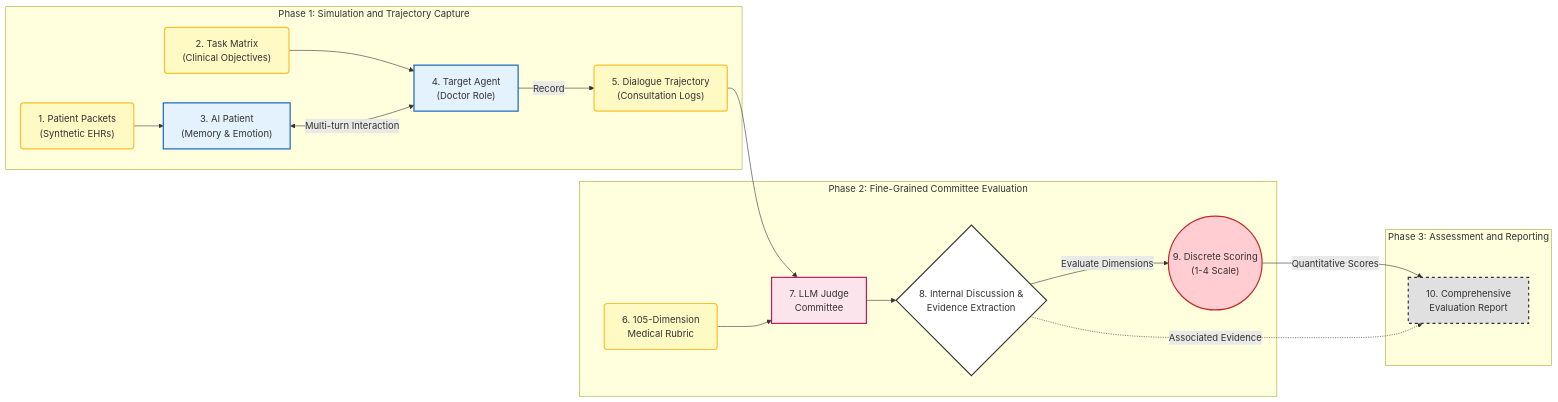
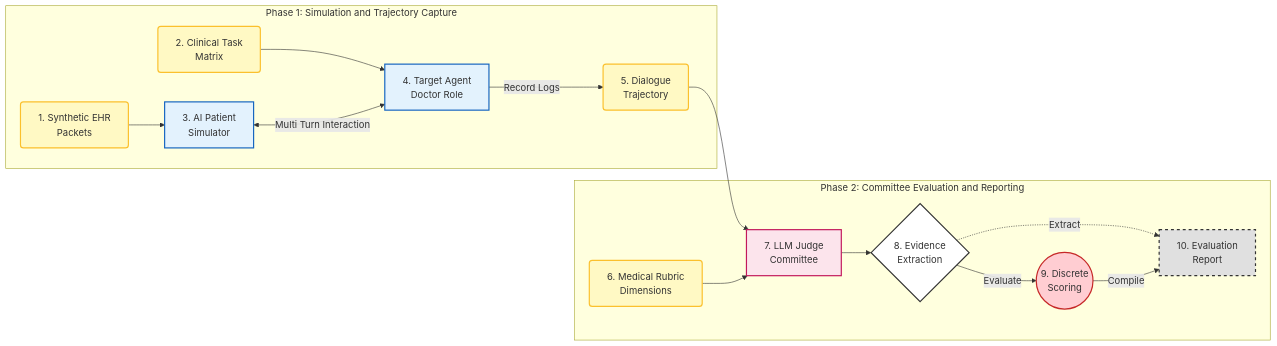
One commit to hhtrocket/HHT-Benchmark-dataset changed the first of 5 diagrams in Literature Review/brief report 2.md. Above: the diagram before and after it, drawn with Mermaid.

Commit message:
Update brief report 2.md

````diff
--- a/Literature Review/brief report 2.md
+++ b/Literature Review/brief report 2.md
@@ -17,45 +17,37 @@
 ```mermaid
 graph LR
-    %% Style Definitions
     classDef input fill:#fff9c4,stroke:#fbc02d,stroke-width:2px,rx:5,ry:5;
     classDef phase1 fill:#e3f2fd,stroke:#1565c0,stroke-width:2px;
     classDef phase2 fill:#fce4ec,stroke:#c2185b,stroke-width:2px;
     classDef decision fill:#ffffff,stroke:#333,stroke-width:2px,shape:diamond;
     classDef score fill:#ffcdd2,stroke:#c62828,stroke-width:2px,rx:50,ry:50;
     classDef report fill:#e0e0e0,stroke:#333,stroke-width:2px,stroke-dasharray: 5 5;
 
-    %% === Phase 1: Environment Construction and Simulation ===
     subgraph P1 ["Phase 1: Simulation and Trajectory Capture"]
-        N1["1. Patient Packets<br/>(Synthetic EHRs)"]:::input
-        N2["2. Task Matrix<br/>(Clinical Objectives)"]:::input
-        N3["3. AI Patient<br/>(Memory & Emotion)"]:::phase1
-        N4["4. Target Agent<br/>(Doctor Role)"]:::phase1
-        N5["5. Dialogue Trajectory<br/>(Consultation Logs)"]:::input
+        N1["1. Synthetic EHR<br/>Packets"]:::input
+        N2["2. Clinical Task<br/>Matrix"]:::input
+        N3["3. AI Patient<br/>Simulator"]:::phase1
+        N4["4. Target Agent<br/>Doctor Role"]:::phase1
+        N5["5. Dialogue<br/>Trajectory"]:::input
 
         N1 --> N3
         N2 --> N4
-        N3 <-->|"Multi-turn Interaction"| N4
-        N4 -->|"Record"| N5
+        N3 <-->|"Multi Turn Interaction"| N4
+        N4 -->|"Record Logs"| N5
     end
 
-    %% === Phase 2: Multidimensional Evaluation ===
-    subgraph P2 ["Phase 2: Fine-Grained Committee Evaluation"]
-        N6["6. 105-Dimension<br/>Medical Rubric"]:::input
+    subgraph P2 ["Phase 2: Committee Evaluation and Reporting"]
+        N6["6. Medical Rubric<br/>Dimensions"]:::input
         N7["7. LLM Judge<br/>Committee"]:::phase2
-        N8{"8. Internal Discussion &<br/>Evidence Extraction"}:::decision
-        N9(("9. Discrete Scoring<br/>(1-4 Scale)")):::score
+        N8{"8. Evidence<br/>Extraction"}:::decision
+        N9(("9. Discrete<br/>Scoring")):::score
+        N10["10. Evaluation<br/>Report"]:::report
 
         N5 --> N7
         N6 --> N7
         N7 --> N8
-        N8 -->|"Evaluate Dimensions"| N9
-    end
-
-    %% === Phase 3: Final Assessment ===
-    subgraph P3 ["Phase 3: Assessment and Reporting"]
-        N10["10. Comprehensive<br/>Evaluation Report"]:::report
-
-        N9 -->|"Quantitative Scores"| N10
-        N8 -.->|"Associated Evidence"| N10
+        N8 -->|"Evaluate"| N9
+        N8 -.->|"Extract"| N10
+        N9 -->|"Compile"| N10
     end
 ```
````
